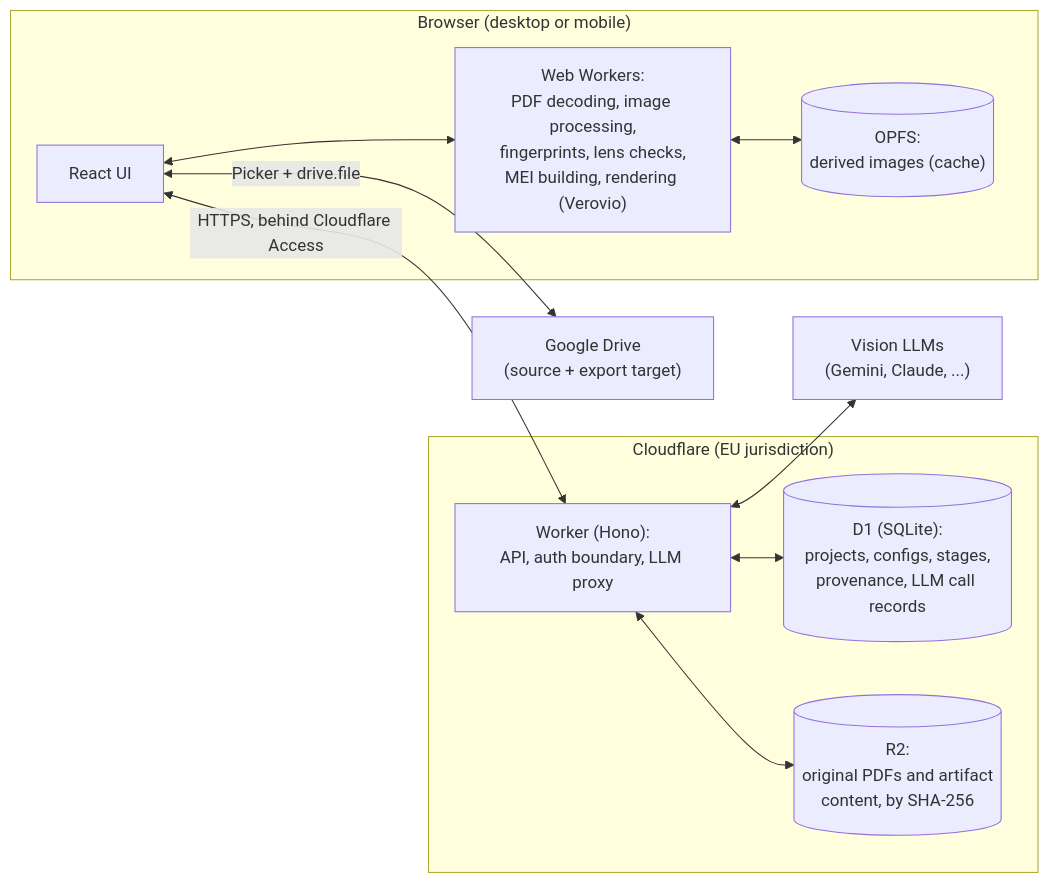
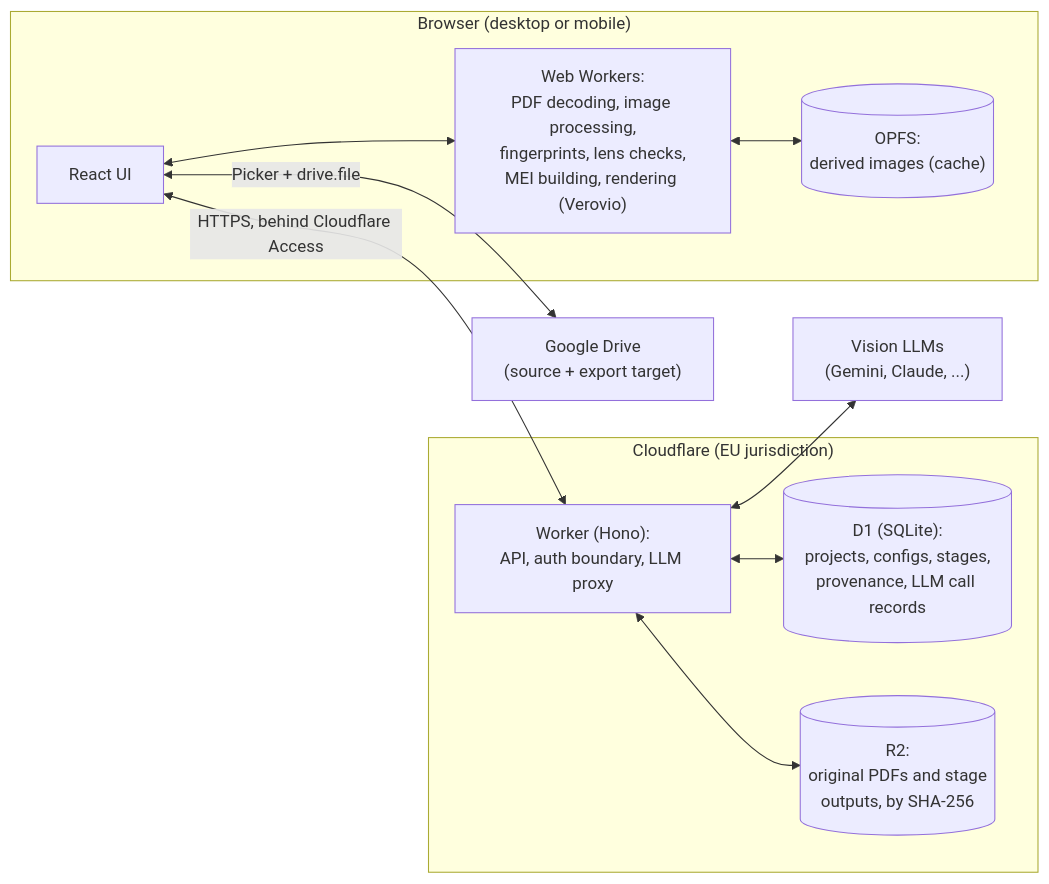
One commit to tomasssalles/score3ly changed the diagram in DESIGN.md. Above: the diagram before and after it, drawn with Mermaid. The commit also changed other lines of this file, not shown here.

First line of the commit message:
Design: stage outputs vs stage artifacts, export vs internal format, two-level cache, single-turn first version, manual stages later

````diff
--- a/DESIGN.md
+++ b/DESIGN.md
@@ -76,25 +76,25 @@
 ```mermaid
 flowchart LR
   subgraph Device["Browser (desktop or mobile)"]
     UI[React UI]
     WW["Web Workers:<br/>PDF decoding, image processing,<br/>fingerprints, lens checks,<br/>MEI building, rendering (Verovio)"]
     OPFS[("OPFS:<br/>derived images (cache)")]
     UI <--> WW
     WW <--> OPFS
   end
 
   subgraph CF["Cloudflare (EU jurisdiction)"]
     W["Worker (Hono):<br/>API, auth boundary, LLM proxy"]
     D1[("D1 (SQLite):<br/>projects, configs, stages,<br/>provenance, LLM call records")]
-    R2[("R2:<br/>original PDFs and artifact<br/>content, by SHA-256")]
+    R2[("R2:<br/>original PDFs and stage<br/>outputs, by SHA-256")]
     W <--> D1
     W <--> R2
   end
 
   Drive["Google Drive<br/>(source + export target)"]
   LLM["Vision LLMs<br/>(Gemini, Claude, ...)"]
 
   UI <-->|HTTPS, behind Cloudflare Access| W
   UI <-->|Picker + drive.file| Drive
   W <--> LLM
 ```
````
